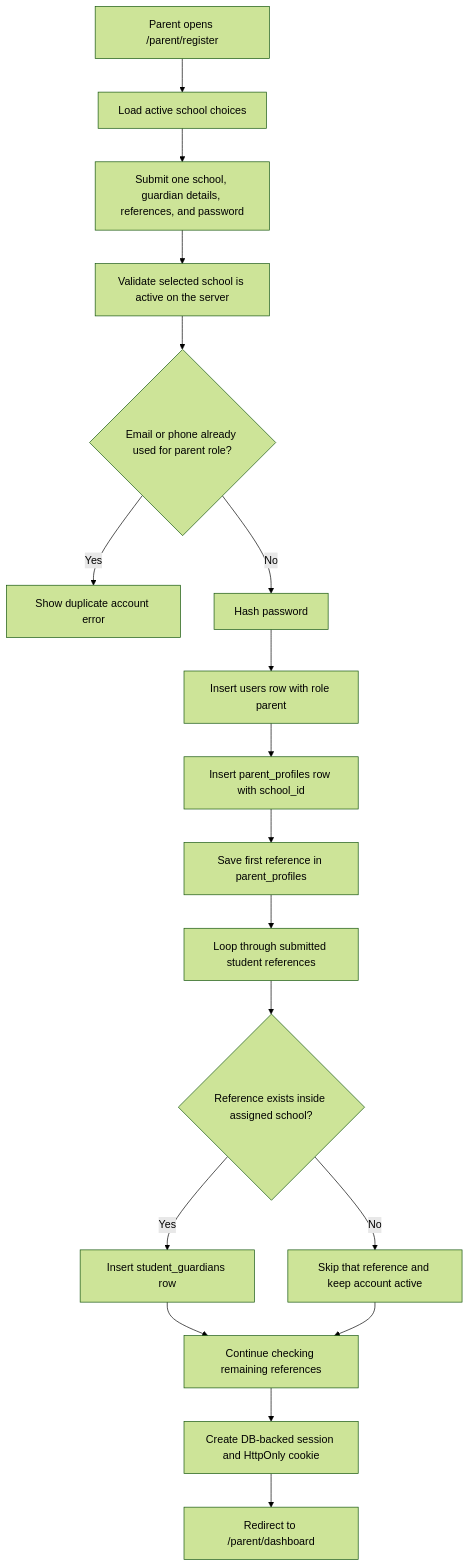
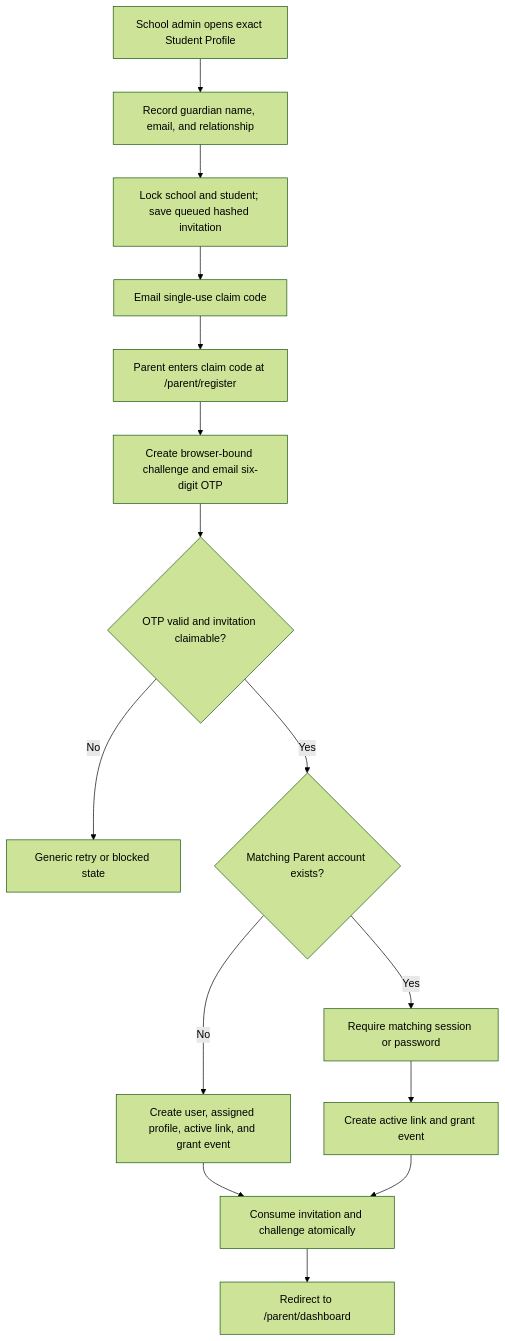
Diagram 11 of 23 in docs/PROJECT_FLOWCHARTS.md (Xeyn19/xmetapay), drawn with Mermaid (forest theme) before and after one commit. The commit also changed other lines of this file and 40 other files, not shown here.

Commit message:
feat(parent): add invitation OTP claim flow

````diff
--- a/docs/PROJECT_FLOWCHARTS.md
+++ b/docs/PROJECT_FLOWCHARTS.md
@@ -404,20 +404,17 @@
 ```mermaid
 flowchart TD
-  A["Parent opens /parent/register"] --> B["Load active school choices"]
-  B --> C["Submit one school, guardian details, references, and password"]
-  C --> C2["Validate selected school is active on the server"]
-  C2 --> D{"Email or phone already used for parent role?"}
-  D -->|Yes| E["Show duplicate account error"]
-  D -->|No| F["Hash password"]
-  F --> G["Insert users row with role parent"]
-  G --> H["Insert parent_profiles row with school_id"]
-  H --> I["Save first reference in parent_profiles"]
-  I --> J["Loop through submitted student references"]
-  J --> K{"Reference exists inside assigned school?"}
-  K -->|Yes| L["Insert student_guardians row"]
-  K -->|No| M["Skip that reference and keep account active"]
-  L --> N["Continue checking remaining references"]
-  M --> N
-  N --> O["Create DB-backed session and HttpOnly cookie"]
-  O --> P["Redirect to /parent/dashboard"]
+  A["School admin opens exact Student Profile"] --> B["Record guardian name, email, and relationship"]
+  B --> C["Lock school and student; save queued hashed invitation"]
+  C --> D["Email single-use claim code"]
+  D --> E["Parent enters claim code at /parent/register"]
+  E --> F["Create browser-bound challenge and email six-digit OTP"]
+  F --> G{"OTP valid and invitation claimable?"}
+  G -->|No| H["Generic retry or blocked state"]
+  G -->|Yes| I{"Matching Parent account exists?"}
+  I -->|No| J["Create user, assigned profile, active link, and grant event"]
+  I -->|Yes| K["Require matching session or password"]
+  K --> L["Create active link and grant event"]
+  J --> M["Consume invitation and challenge atomically"]
+  L --> M
+  M --> N["Redirect to /parent/dashboard"]
 ```
````
